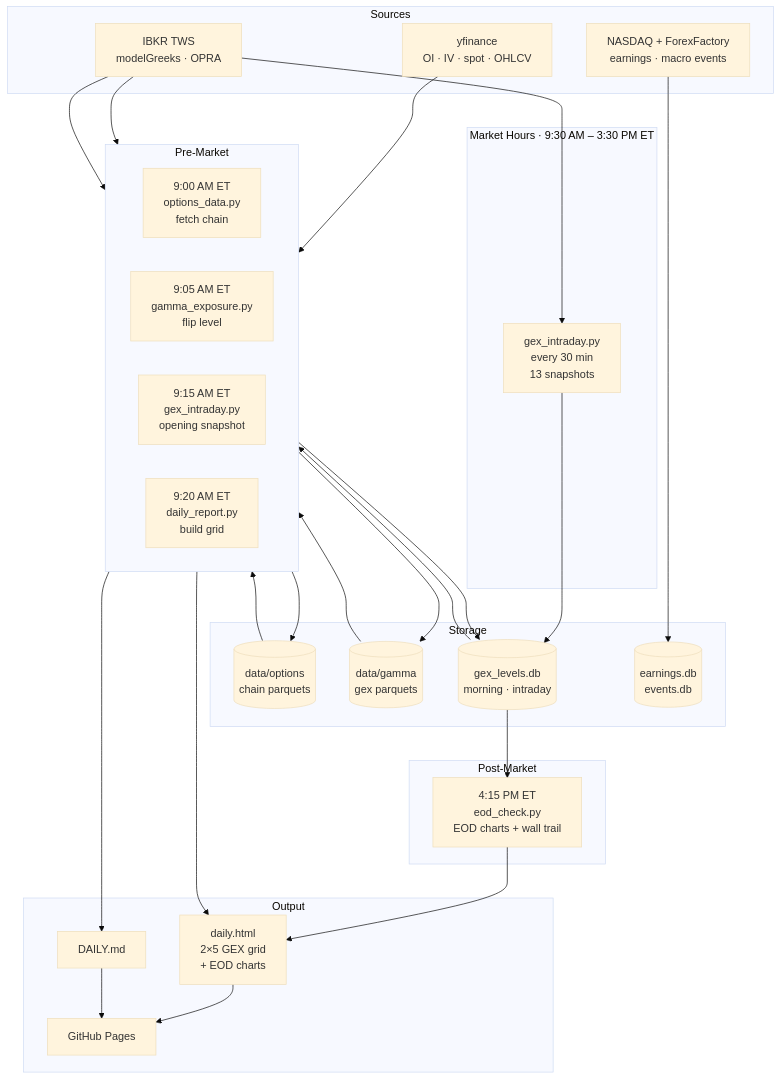
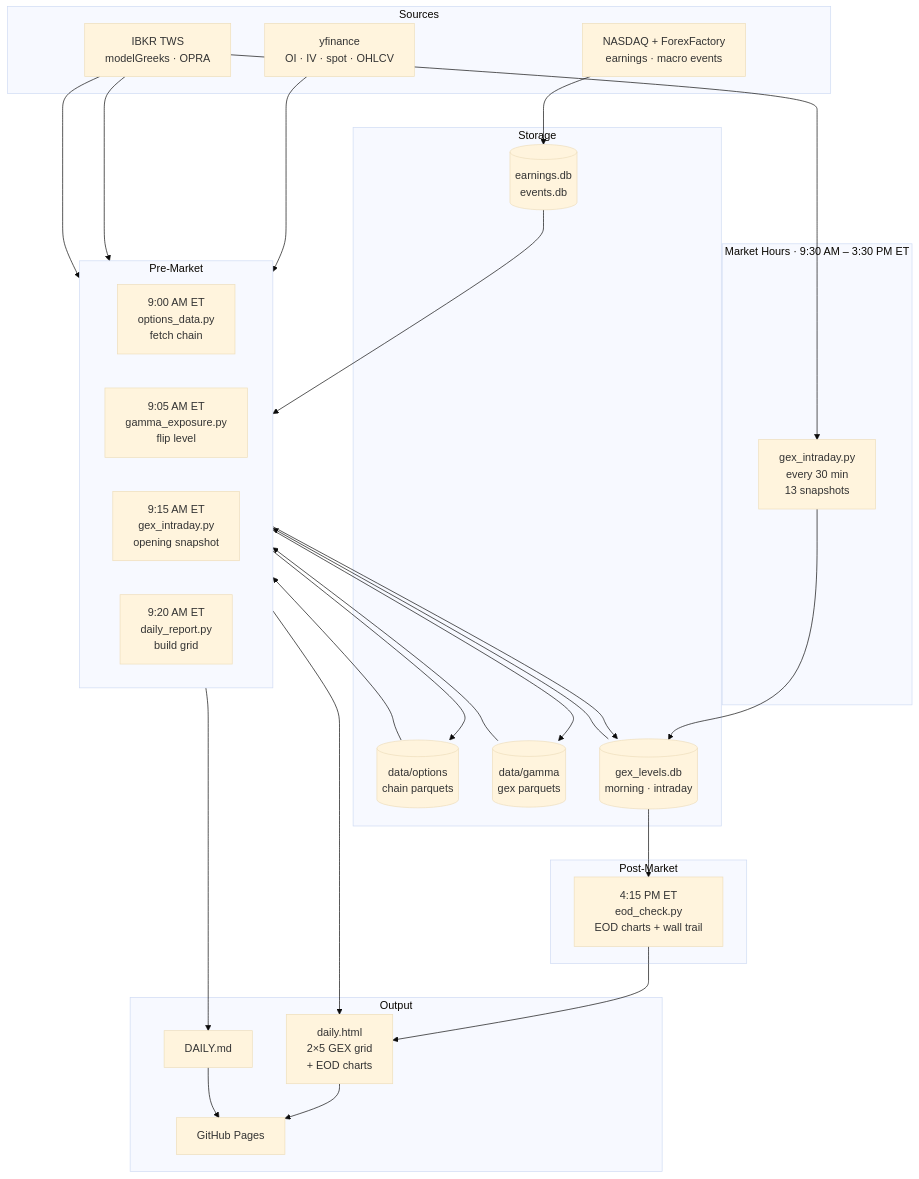
One commit to JohannTin/tin-trades changed the diagram in README.md. Above: the diagram before and after it, drawn with Mermaid (base theme). The commit also changed 12 other files, not shown here.

````diff
--- a/README.md
+++ b/README.md
@@ -11,56 +11,57 @@
 ```mermaid
 flowchart TD
     subgraph Sources
         YF[yfinance\nOI · IV · spot · OHLCV]
         TWS[IBKR TWS\nmodelGreeks · OPRA]
         EXT[NASDAQ + ForexFactory\nearnings · macro events]
     end
 
     subgraph "Pre-Market"
         direction LR
         OP[9:00 AM ET\noptions_data.py\nfetch chain]
         GE[9:05 AM ET\ngamma_exposure.py\nflip level]
         GI1[9:15 AM ET\ngex_intraday.py\nopening snapshot]
         DR[9:20 AM ET\ndaily_report.py\nbuild grid]
     end
 
     subgraph "Market Hours  ·  9:30 AM – 3:30 PM ET"
         GI2[gex_intraday.py\nevery 30 min\n13 snapshots]
     end
 
     subgraph "Post-Market"
         EOD[4:15 PM ET\neod_check.py\nEOD charts + wall trail]
     end
 
     subgraph Storage
         CHAIN[(data/options\nchain parquets)]
         GPAR[(data/gamma\ngex parquets)]
         DB[(gex_levels.db\nmorning · intraday)]
         EDB[(earnings.db\nevents.db)]
     end
 
     subgraph Output
         HTML[daily.html\n2×5 GEX grid\n+ EOD charts]
         MD[DAILY.md]
         GHP[GitHub Pages]
     end
 
     YF --> OP
     TWS --> GE
     TWS --> GI1
     TWS --> GI2
     EXT --> EDB
     OP --> CHAIN
     GE --> GPAR
     GI1 --> DB
     GI2 --> DB
     CHAIN --> DR
     GPAR --> DR
     DB --> DR
+    EDB --> DR
     DB --> EOD
     DR --> HTML
     DR --> MD
     EOD --> HTML
     HTML --> GHP
     MD --> GHP
 ```
````
